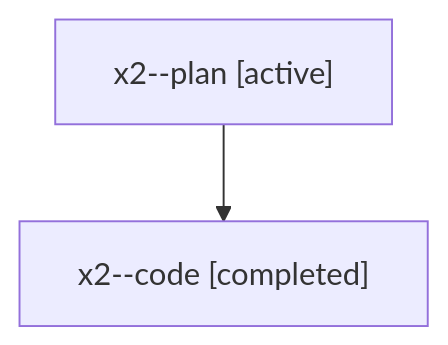
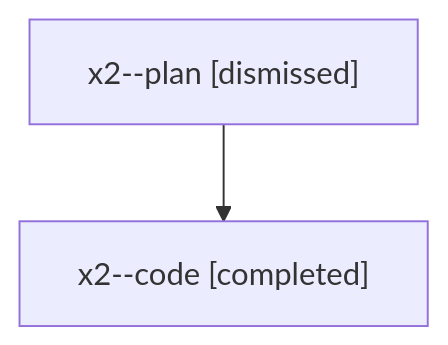
One commit to sase-org/sase--agents changed the diagram in sessions/bbugyi200.athena.x2.md. Above: the diagram before and after it, drawn with Mermaid. The commit also changed other lines of this file and 30 other files, not shown here.

````diff
--- a/sessions/bbugyi200.athena.x2.md
+++ b/sessions/bbugyi200.athena.x2.md
@@ -9,6 +9,6 @@
 ```mermaid
 flowchart TD
-  n0["x2--plan [active]"]
+  n0["x2--plan [dismissed]"]
   n1["x2--code [completed]"]
   n0 --> n1
 ```
````
